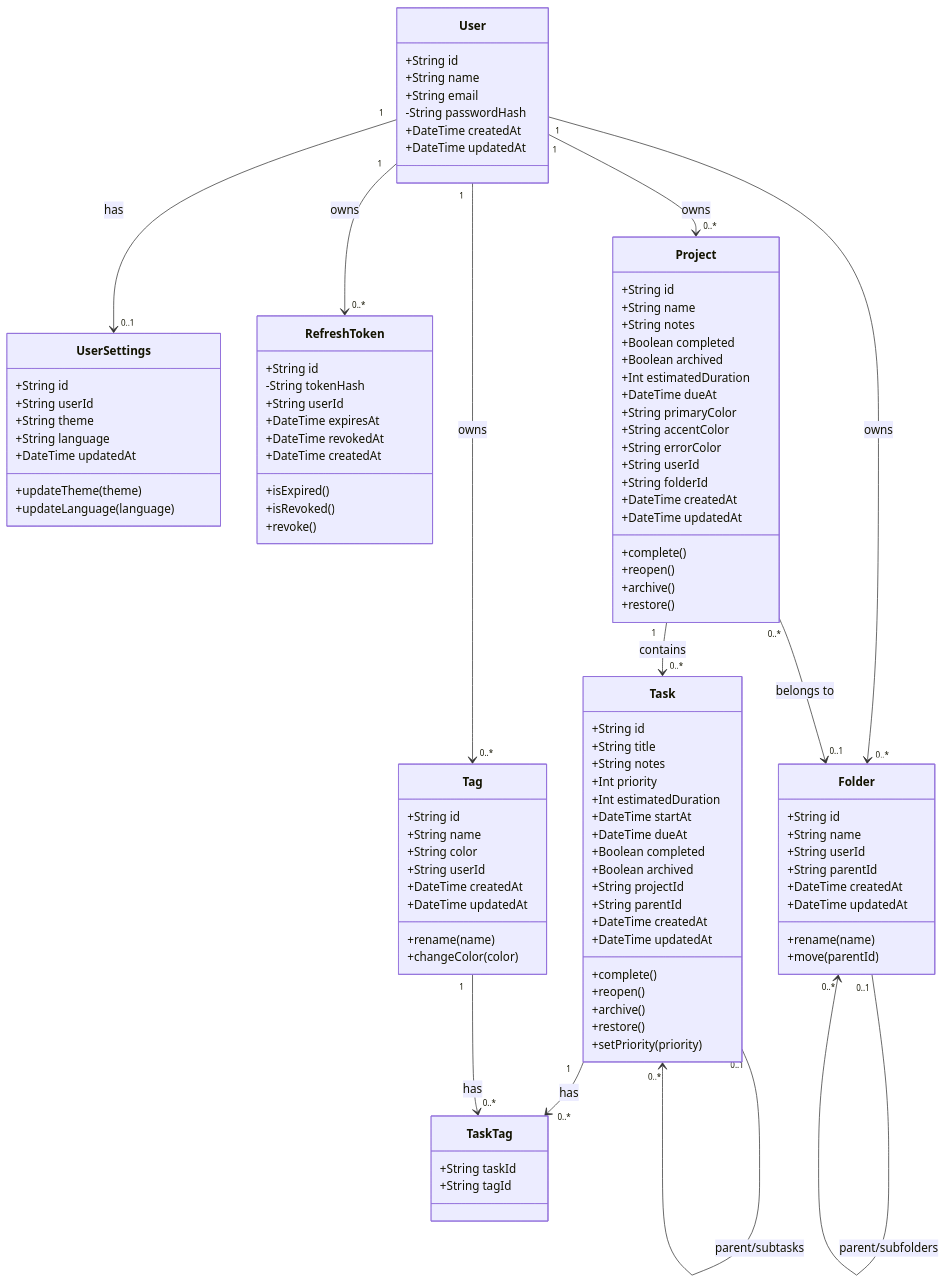
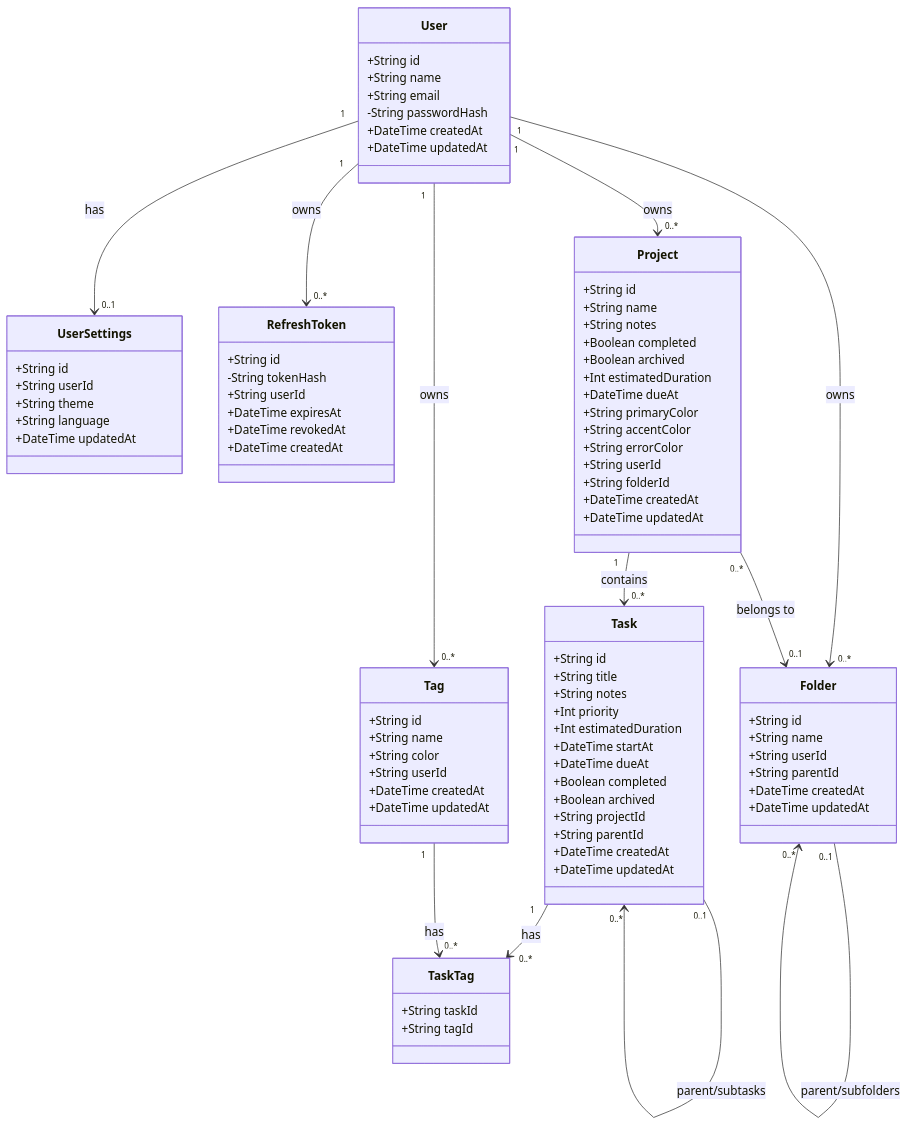
One commit to davihenriquedev1/prodixus changed the diagram in docs/diagrams/uml/domain-layer-class-diagram.md. Above: the diagram before and after it, drawn with Mermaid. The commit also changed other lines of this file and 65 other files, not shown here.

````diff
--- a/docs/diagrams/uml/domain-layer-class-diagram.md
+++ b/docs/diagrams/uml/domain-layer-class-diagram.md
@@ -3,6 +3,5 @@
-```mermaid
+```mermaid id="8xq3nf"
 classDiagram
-
     class User {
         +String id
         +String name
@@ -18,9 +17,6 @@
         +String theme
         +String language
         +DateTime updatedAt
-
-        +updateTheme(theme)
-        +updateLanguage(language)
     }
 
     class RefreshToken {
@@ -30,10 +26,6 @@
         +DateTime expiresAt
         +DateTime revokedAt
         +DateTime createdAt
-
-        +isExpired()
-        +isRevoked()
-        +revoke()
     }
 
     class Project {
@@ -51,11 +43,6 @@
         +String folderId
         +DateTime createdAt
         +DateTime updatedAt
-
-        +complete()
-        +reopen()
-        +archive()
-        +restore()
     }
 
     class Task {
@@ -72,12 +59,6 @@
         +String parentId
         +DateTime createdAt
         +DateTime updatedAt
-
-        +complete()
-        +reopen()
-        +archive()
-        +restore()
-        +setPriority(priority)
     }
 
     class Tag {
@@ -87,9 +68,6 @@
         +String userId
         +DateTime createdAt
         +DateTime updatedAt
-
-        +rename(name)
-        +changeColor(color)
     }
 
     class TaskTag {
@@ -104,11 +82,7 @@
         +String parentId
         +DateTime createdAt
         +DateTime updatedAt
-
-        +rename(name)
-        +move(parentId)
     }
-
 
     User "1" --> "0..1" UserSettings : has
     User "1" --> "0..*" RefreshToken : owns
````
